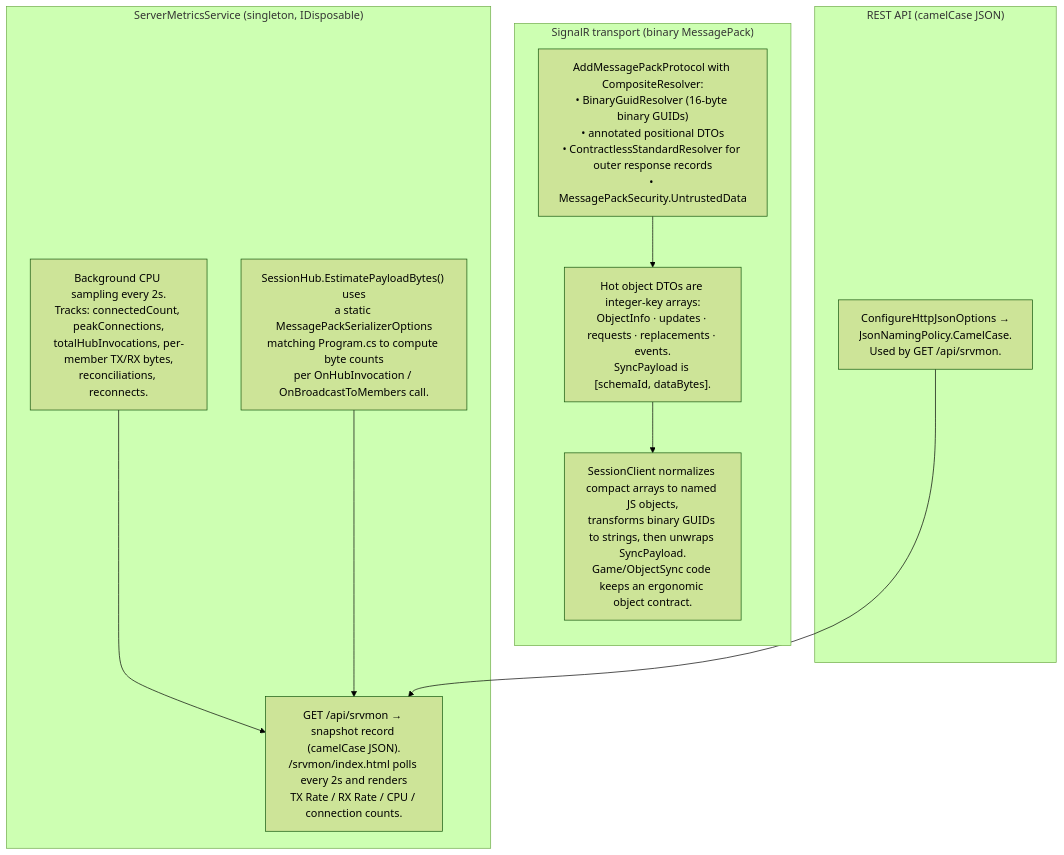
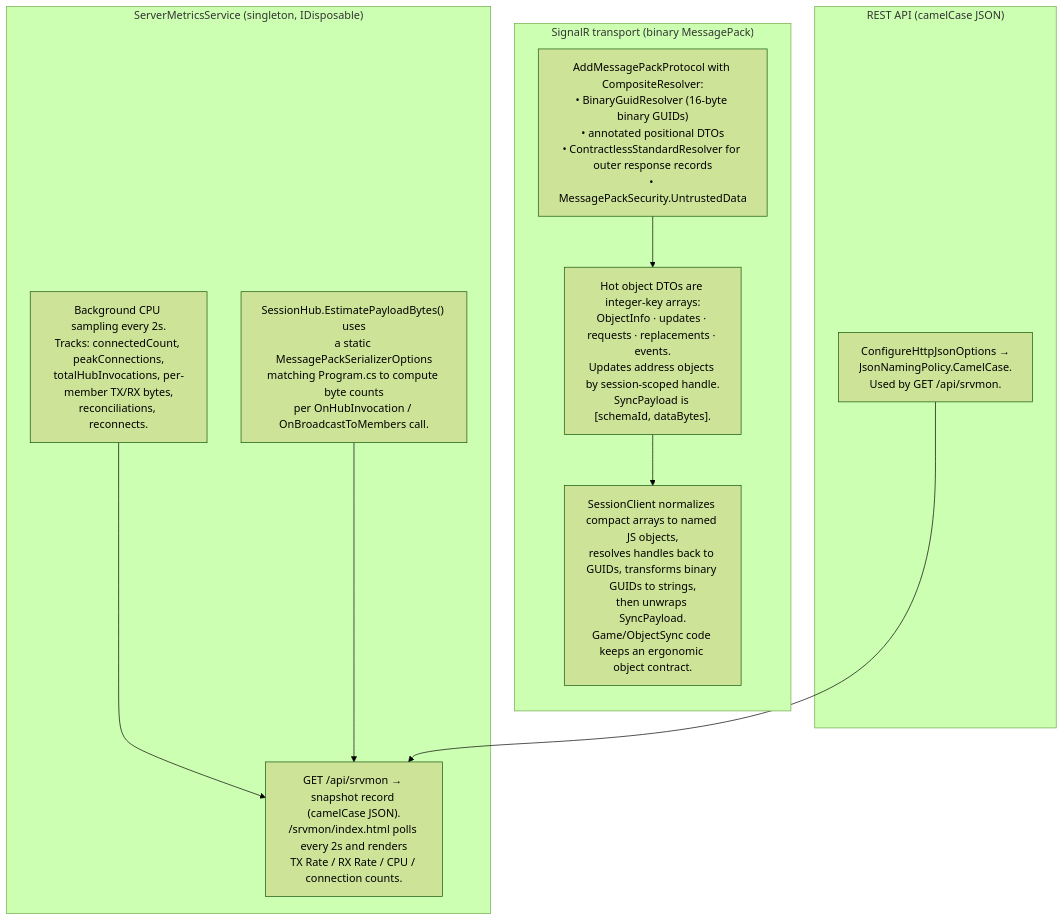
Before and after one commit to badvoidstar/astervoids: diagram 34 of 36 in ARCHITECTURE.md, drawn with Mermaid (forest theme). The commit also changed other lines of this file and 2 other files, not shown here.

Commit message:
Address the create/update reordering window with a single wire shape for updates

````diff
--- a/ARCHITECTURE.md
+++ b/ARCHITECTURE.md
@@ -1500,24 +1500,24 @@
 ```mermaid
 flowchart TB
     subgraph "SignalR transport (binary MessagePack)"
         direction TB
         MP["AddMessagePackProtocol with CompositeResolver:<br/>• BinaryGuidResolver (16-byte binary GUIDs)<br/>• annotated positional DTOs<br/>• ContractlessStandardResolver for outer response records<br/>• MessagePackSecurity.UntrustedData"]
-        DTO["Hot object DTOs are integer-key arrays:<br/>ObjectInfo · updates · requests · replacements · events.<br/>SyncPayload is [schemaId, dataBytes]."]
-        JSGUID["SessionClient normalizes compact arrays to named JS objects,<br/>transforms binary GUIDs to strings, then unwraps SyncPayload.<br/>Game/ObjectSync code keeps an ergonomic object contract."]
+        DTO["Hot object DTOs are integer-key arrays:<br/>ObjectInfo · updates · requests · replacements · events.<br/>Updates address objects by session-scoped handle.<br/>SyncPayload is [schemaId, dataBytes]."]
+        JSGUID["SessionClient normalizes compact arrays to named JS objects,<br/>resolves handles back to GUIDs, transforms binary GUIDs to strings,<br/>then unwraps SyncPayload.<br/>Game/ObjectSync code keeps an ergonomic object contract."]
     end
 
     subgraph "REST API (camelCase JSON)"
         REST["ConfigureHttpJsonOptions →<br/>JsonNamingPolicy.CamelCase.<br/>Used by GET /api/srvmon."]
     end
 
     subgraph "ServerMetricsService (singleton, IDisposable)"
         SMS_SAMPLE["Background CPU sampling every 2s.<br/>Tracks: connectedCount, peakConnections,<br/>totalHubInvocations, per-member TX/RX bytes,<br/>reconciliations, reconnects."]
         SMS_EST["SessionHub.EstimatePayloadBytes() uses<br/>a static MessagePackSerializerOptions<br/>matching Program.cs to compute byte counts<br/>per OnHubInvocation / OnBroadcastToMembers call."]
         SMS_API["GET /api/srvmon → snapshot record (camelCase JSON).<br/>/srvmon/index.html polls every 2s and renders<br/>TX Rate / RX Rate / CPU / connection counts."]
     end
 
     MP --> DTO --> JSGUID
     SMS_SAMPLE --> SMS_API
     SMS_EST --> SMS_API
     REST --> SMS_API
 ```
````
